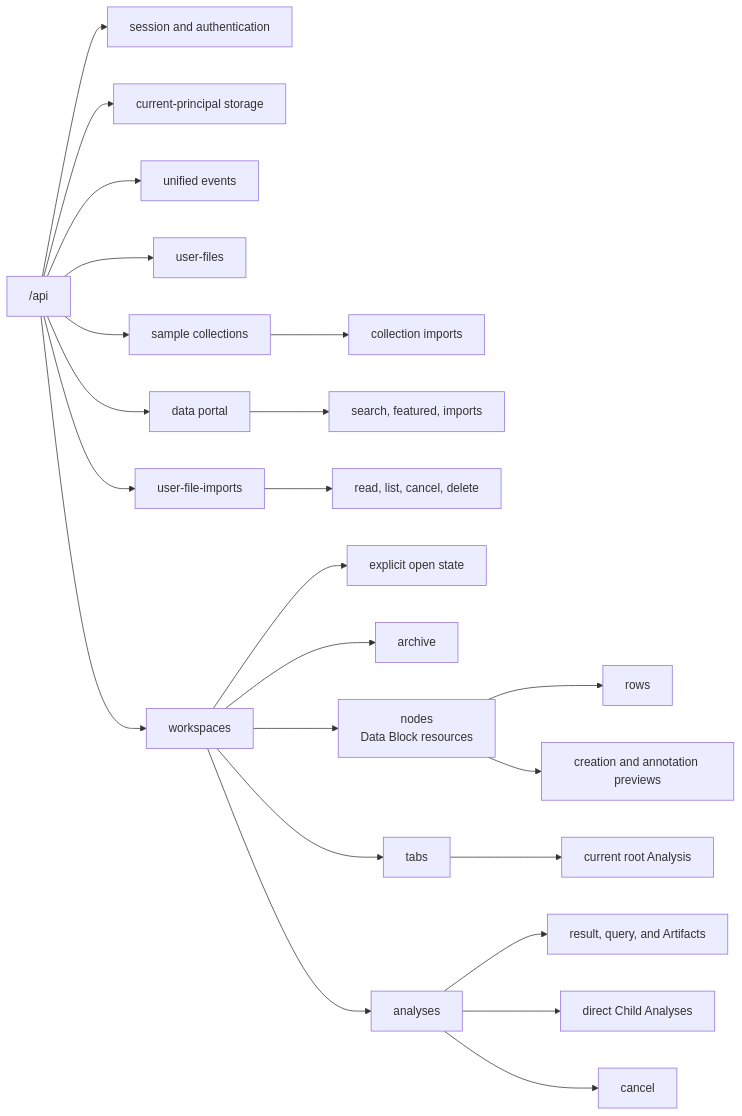
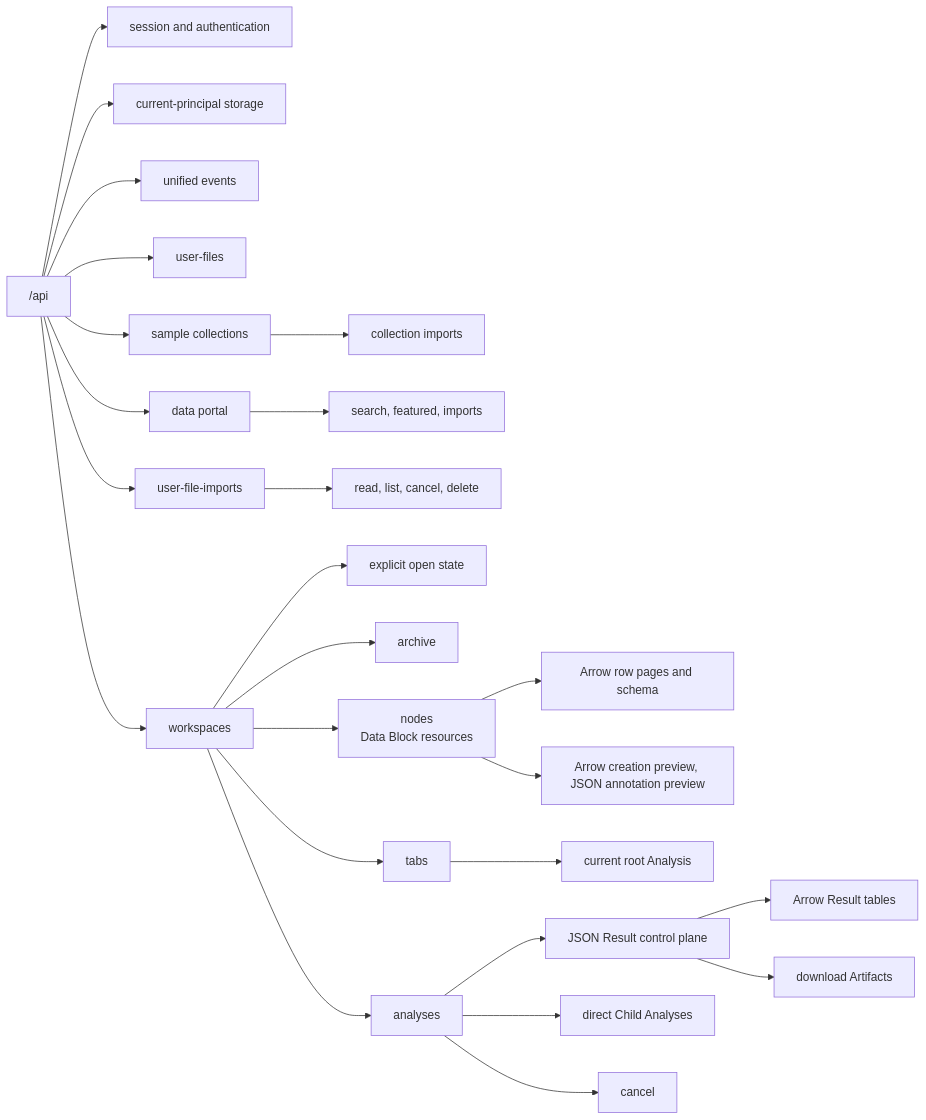
The diagram in docs/architecture/backend/http-api.md (Australian-Text-Analytics-Platform/ldaca_web_app), drawn with Mermaid before and after one commit. The commit also changed other lines of this file and 104 other files, not shown here.

````diff
--- a/docs/architecture/backend/http-api.md
+++ b/docs/architecture/backend/http-api.md
@@ -15,29 +15,31 @@
 ```mermaid
 flowchart LR
     API["/api"] --> SESSION["session and authentication"]
     API --> STORAGE["current-principal storage"]
     API --> EVENTS["unified events"]
     API --> FILES["user-files"]
     API --> SAMPLES["sample collections"]
     API --> PORTAL["data portal"]
     API --> IMPORTS["user-file-imports"]
     API --> WORKSPACES["workspaces"]
 
     SAMPLES --> SAMPLE_IMPORT["collection imports"]
     PORTAL --> PORTAL_IMPORT["search, featured, imports"]
     IMPORTS --> IMPORT_CANCEL["read, list, cancel, delete"]
 
     WORKSPACES --> OPEN["explicit open state"]
     WORKSPACES --> ARCHIVE["archive"]
     WORKSPACES --> NODES["nodes<br/>Data Block resources"]
     WORKSPACES --> TABS["tabs"]
     WORKSPACES --> ANALYSES["analyses"]
 
-    NODES --> ROWS["rows"]
-    NODES --> PREVIEWS["creation and annotation previews"]
+    NODES --> ROWS["Arrow row pages and schema"]
+    NODES --> PREVIEWS["Arrow creation preview, JSON annotation preview"]
 
     TABS --> CURRENT["current root Analysis"]
-    ANALYSES --> RESULT["result, query, and Artifacts"]
+    ANALYSES --> RESULT["JSON Result control plane"]
+    RESULT --> TABLES["Arrow Result tables"]
+    RESULT --> ARTIFACTS["download Artifacts"]
     ANALYSES --> CHILDREN["direct Child Analyses"]
     ANALYSES --> CANCEL["cancel"]
 ```
````
